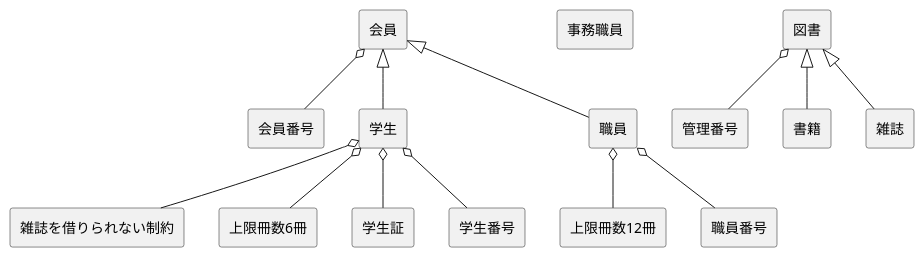
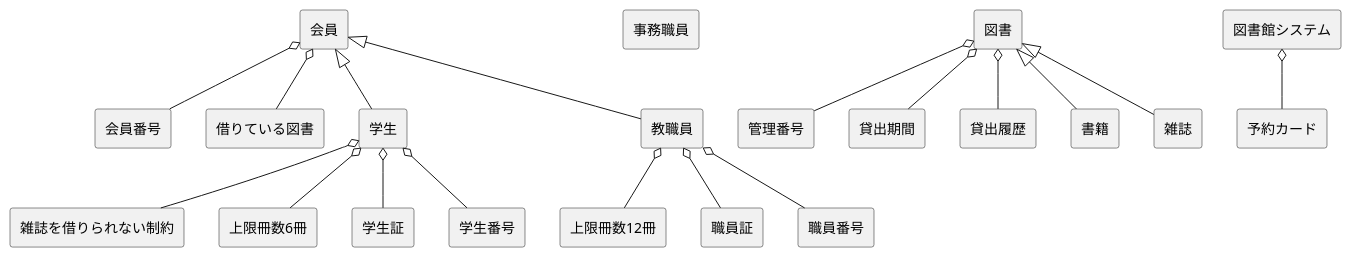
Before and after one commit to FujikawaHirono0520/group3_1_dogdog: the diagram in kouka/domain.pu, drawn with PlantUML.

```diff
--- a/kouka/domain.pu
+++ b/kouka/domain.pu
@@ -1,21 +1,27 @@
 @startuml 大原情報科学大学・図書館システムドメインモデル図
 skinparam componentStyle rectangle
 [会員] o-- [会員番号]
+[会員] o-- [借りている図書]
 [会員] <|-- [学生]
-[会員] <|-- [職員]
+[会員] <|-- [教職員]
 
 [学生] o-- [雑誌を借りられない制約]
 [学生] o-- [上限冊数6冊]
 [学生] o-- [学生証]
 [学生] o-- [学生番号]
 
-[職員] o-- [上限冊数12冊]
-[職員] o-- [職員番号]
+[教職員] o-- [上限冊数12冊]
+[教職員] o-- [職員証]
+[教職員] o-- [職員番号]
 
 [事務職員]
 
 [図書] o-- [管理番号]
+[図書] o-- [貸出期間]
+[図書] o-- [貸出履歴]
 [図書] <|-- [書籍]
 [図書] <|-- [雑誌]
 
+[図書館システム] o-- [予約カード]
+
 @enduml
```
